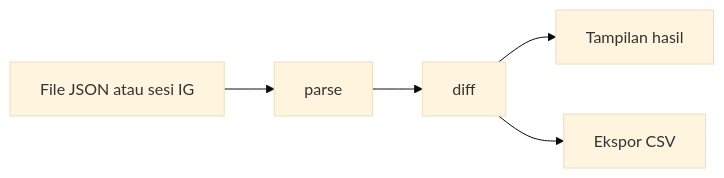
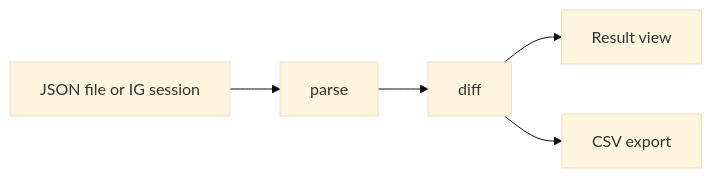
The diagram in README.md (berkatsiallagan/instagram-checker), drawn with Mermaid (base theme) before and after one commit. The commit also changed other lines of this file and 3 other files, not shown here.

````diff
--- a/README.md
+++ b/README.md
@@ -83,7 +85,7 @@
 ```mermaid
 flowchart LR
-  A["File JSON atau sesi IG"] --> B["parse"]
+  A["JSON file or IG session"] --> B["parse"]
   B --> C["diff"]
-  C --> D["Tampilan hasil"]
-  C --> E["Ekspor CSV"]
+  C --> D["Result view"]
+  C --> E["CSV export"]
 ```
````
